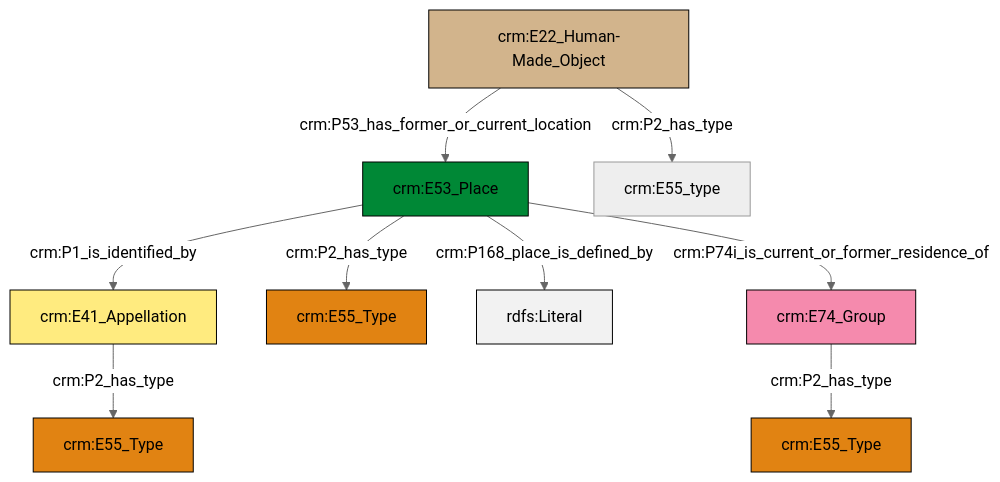
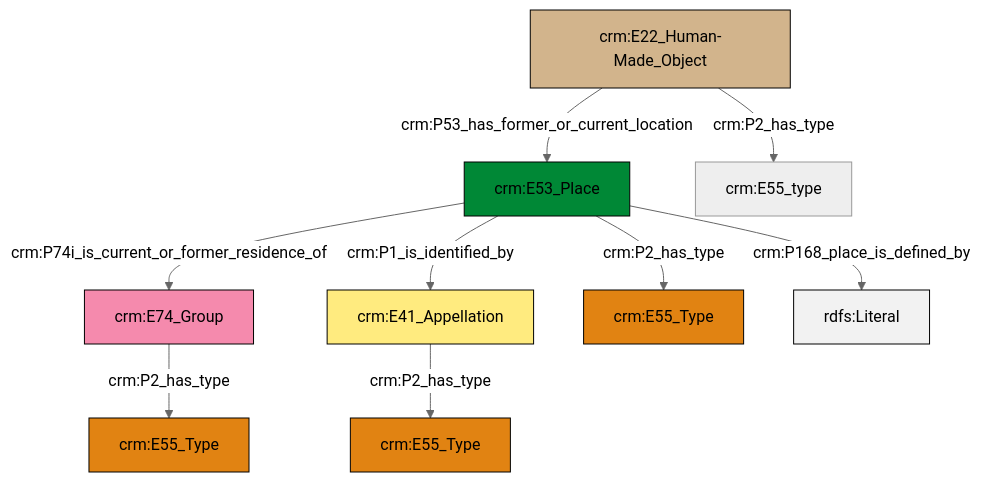
The diagram in et/artworkCSV/ttl/mmd/Artwork_Location.ttl.mmd (swiss-art-research-net/reference-data-models), drawn with Mermaid (neutral theme) before and after one commit. The commit also changed 126 other files, not shown here.

```diff
--- a/et/artworkCSV/ttl/mmd/Artwork_Location.ttl.mmd
+++ b/et/artworkCSV/ttl/mmd/Artwork_Location.ttl.mmd
@@ -1,23 +1,23 @@
 graph TD
 classDef Literal fill:#f2f2f2,stroke:#000000;
 classDef CRM_Entity fill:#FFFFFF,stroke:#000000;
 classDef Temporal_Entity fill:#00C9E6, stroke:#000000;
 classDef Type fill:#E18312, stroke:#000000;
 classDef Time-Span fill:#2C9C91, stroke:#000000;
 classDef Appellation fill:#FFEB7F, stroke:#000000;
 classDef Place fill:#008836, stroke:#000000;
 classDef Persistent_Item fill:#B266B2, stroke:#000000;
 classDef Conceptual_Object fill:#FFD700, stroke:#000000;
 classDef Physical_Thing fill:#D2B48C, stroke:#000000;
 classDef Actor fill:#f58aad, stroke:#000000;
 classDef PC_Classes fill:#4ce600, stroke:#000000;
 classDef Multi fill:#cccccc,stroke:#000000;
 
-0["crm:E41_Appellation"]:::Appellation -->|crm:P2_has_type| 1["crm:E55_Type"]:::Type
-2["crm:E53_Place"]:::Place -->|crm:P2_has_type| 3["crm:E55_Type"]:::Type
-4["crm:E22_Human-Made_Object"]:::Physical_Thing -->|crm:P53_has_former_or_current_location| 2["crm:E53_Place"]:::Place
-2["crm:E53_Place"]:::Place -->|crm:P168_place_is_defined_by| 6[rdfs:Literal]:::Literal
-12["crm:E74_Group"]:::Actor -->|crm:P2_has_type| 13["crm:E55_Type"]:::Type
-4["crm:E22_Human-Made_Object"]:::Physical_Thing -->|crm:P2_has_type| 8["crm:E55_type"]:::Default
-2["crm:E53_Place"]:::Place -->|crm:P1_is_identified_by| 0["crm:E41_Appellation"]:::Appellation
-2["crm:E53_Place"]:::Place -->|crm:P74i_is_current_or_former_residence_of| 12["crm:E74_Group"]:::Actor
+0["crm:E53_Place"]:::Place -->|crm:P74i_is_current_or_former_residence_of| 1["crm:E74_Group"]:::Actor
+4["crm:E41_Appellation"]:::Appellation -->|crm:P2_has_type| 6["crm:E55_Type"]:::Type
+2["crm:E22_Human-Made_Object"]:::Physical_Thing -->|crm:P2_has_type| 8["crm:E55_type"]:::Default
+0["crm:E53_Place"]:::Place -->|crm:P2_has_type| 15["crm:E55_Type"]:::Type
+2["crm:E22_Human-Made_Object"]:::Physical_Thing -->|crm:P53_has_former_or_current_location| 0["crm:E53_Place"]:::Place
+0["crm:E53_Place"]:::Place -->|crm:P168_place_is_defined_by| 17[rdfs:Literal]:::Literal
+0["crm:E53_Place"]:::Place -->|crm:P1_is_identified_by| 4["crm:E41_Appellation"]:::Appellation
+1["crm:E74_Group"]:::Actor -->|crm:P2_has_type| 11["crm:E55_Type"]:::Type
```
